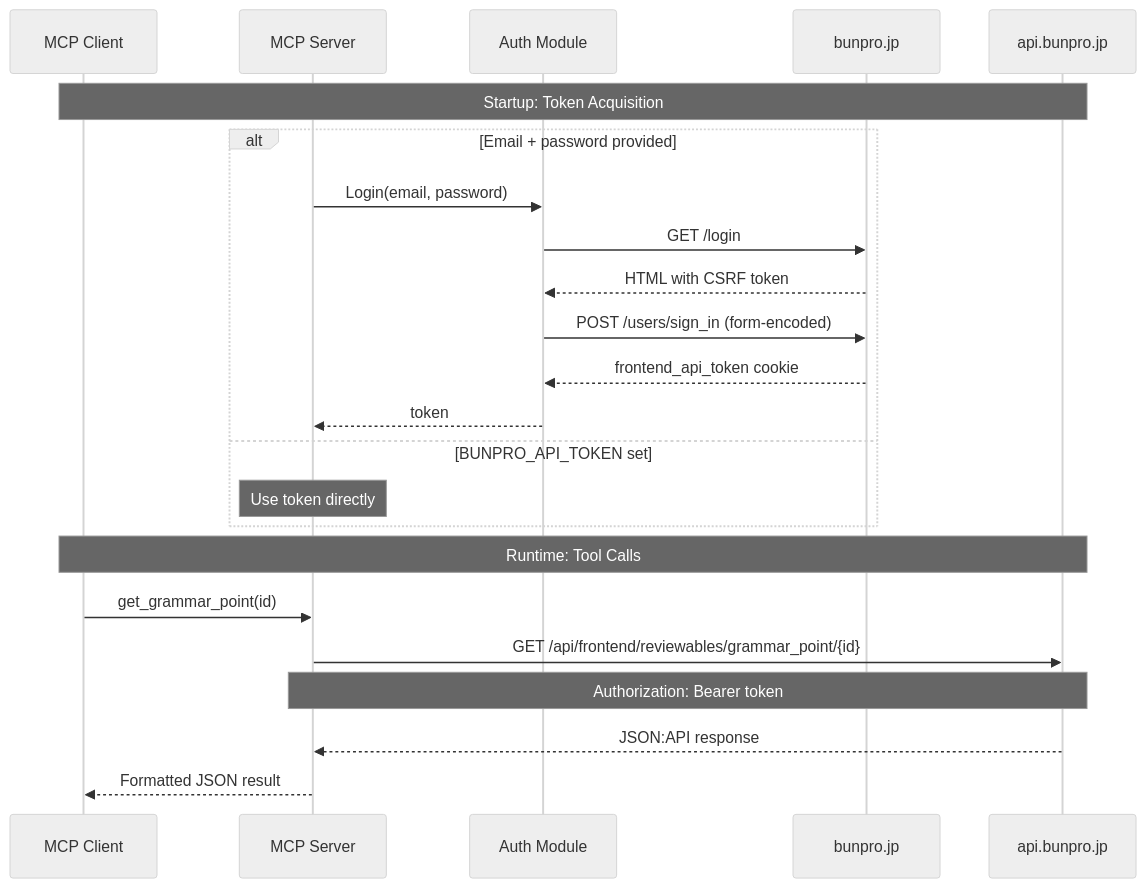
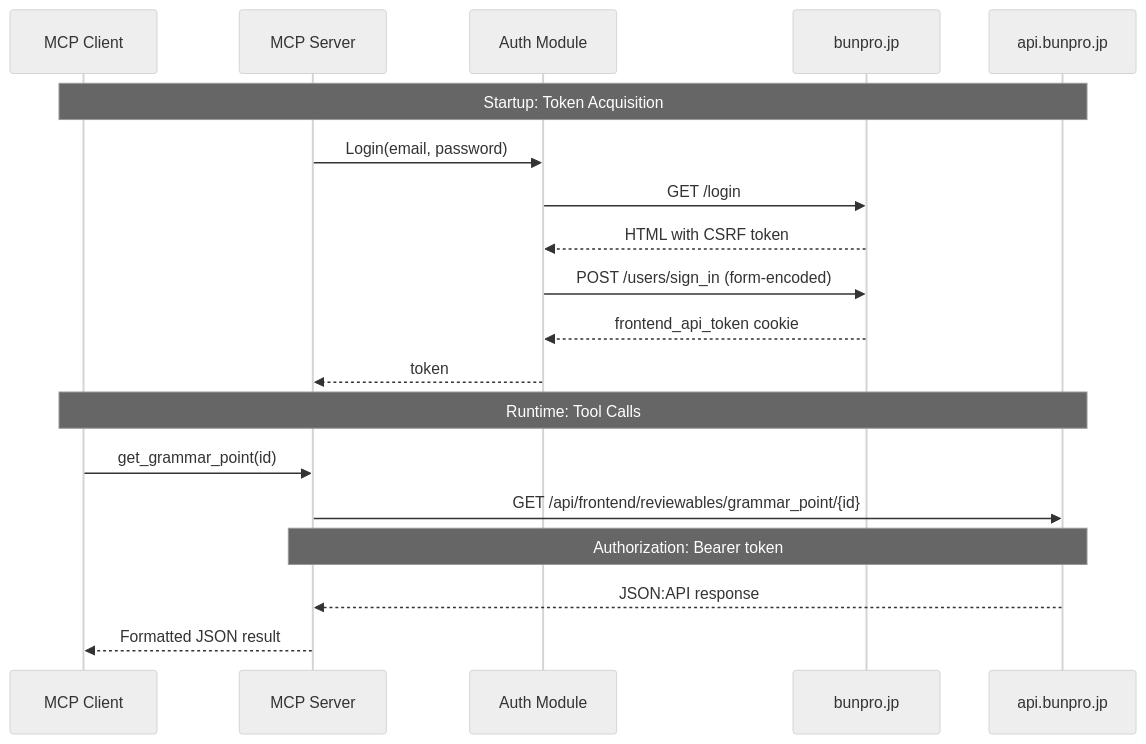
The second of 2 diagrams in bunpro/README.md (jbeshir/mcp-servers), drawn with Mermaid (neutral theme) before and after one commit. The commit also changed other lines of this file and 31 other files, not shown here.

First line of the commit message:
Bunpro/Wanikani: Add test cases, improve Bunpro API integration

````diff
--- a/bunpro/README.md
+++ b/bunpro/README.md
@@ -46,27 +46,23 @@
 ```mermaid
 sequenceDiagram
     participant Client as MCP Client
     participant Server as MCP Server
     participant Auth as Auth Module
     participant Site as bunpro.jp
     participant API as api.bunpro.jp
 
     Note over Client,API: Startup: Token Acquisition
-    alt Email + password provided
-        Server->>Auth: Login(email, password)
-        Auth->>Site: GET /login
-        Site-->>Auth: HTML with CSRF token
-        Auth->>Site: POST /users/sign_in (form-encoded)
-        Site-->>Auth: frontend_api_token cookie
-        Auth-->>Server: token
-    else BUNPRO_API_TOKEN set
-        Note over Server: Use token directly
-    end
+    Server->>Auth: Login(email, password)
+    Auth->>Site: GET /login
+    Site-->>Auth: HTML with CSRF token
+    Auth->>Site: POST /users/sign_in (form-encoded)
+    Site-->>Auth: frontend_api_token cookie
+    Auth-->>Server: token
 
     Note over Client,API: Runtime: Tool Calls
     Client->>Server: get_grammar_point(id)
     Server->>API: GET /api/frontend/reviewables/grammar_point/{id}
     Note over Server,API: Authorization: Bearer token
     API-->>Server: JSON:API response
     Server-->>Client: Formatted JSON result
 ```
````
